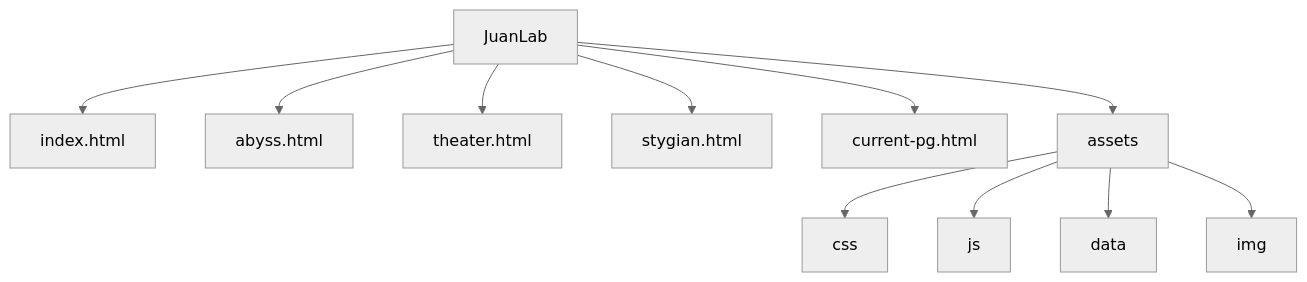
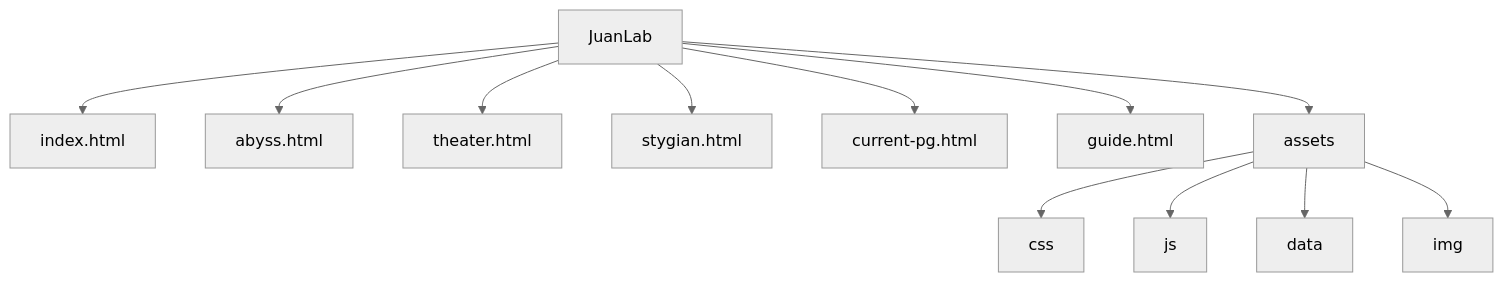
Before and after one commit to Juan0177/JuanLab: the diagram in README.md, drawn with Mermaid (neutral theme). The commit also changed other lines of this file and 11 other files, not shown here.

````diff
--- a/README.md
+++ b/README.md
@@ -29,13 +32,14 @@
 ```mermaid
 flowchart TD
     A[JuanLab] --> B[index.html]
     A --> C[abyss.html]
     A --> D[theater.html]
     A --> E[stygian.html]
     A --> F[current-pg.html]
+    A --> L[guide.html]
     A --> G[assets]
     G --> H[css]
     G --> I[js]
     G --> J[data]
     G --> K[img]
 ```
````
